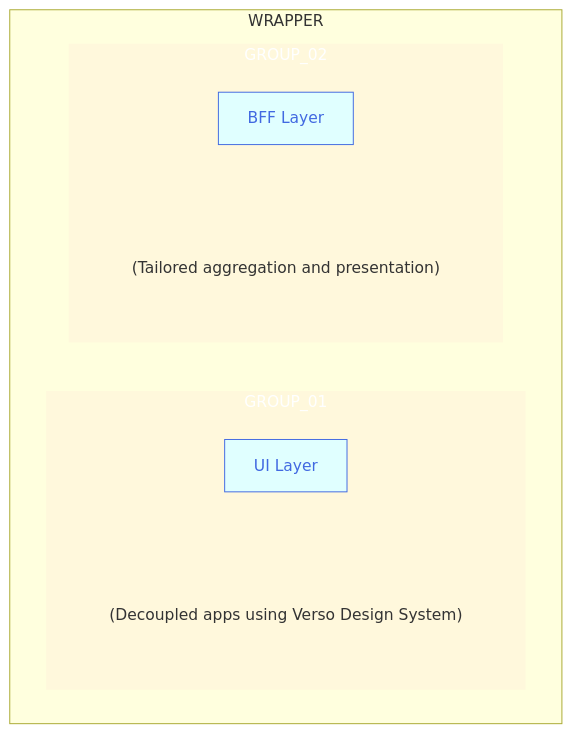
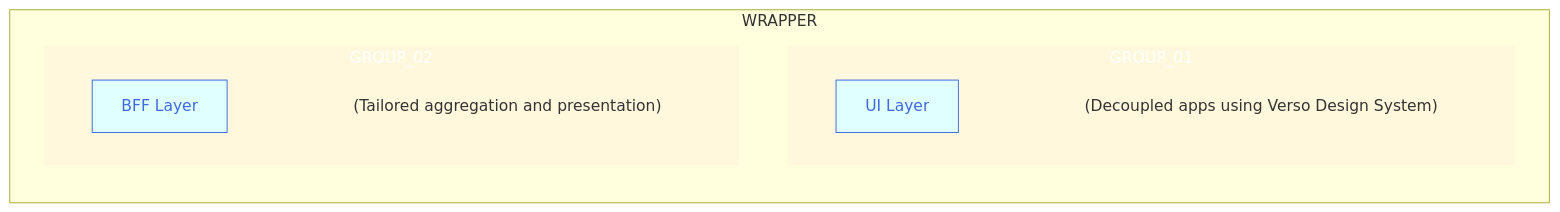
The diagram in buttons_mermaid_v5.md (joe-dorward/samples), drawn with Mermaid before and after one commit.

````diff
--- a/buttons_mermaid_v5.md
+++ b/buttons_mermaid_v5.md
@@ -3,44 +3,46 @@
 ```mermaid
   %%{
     init: {
       "flowchart": { "markdownAutoWrap":"false", "textWrap":"false", "textAlign":"left", "wrappingWidth": "100%" }
     }
   }%%
   flowchart TD
 
   classDef Button fill:lightcyan, stroke:royalblue, color:royalblue;
   classDef Note fill:transparent, stroke-width:0px
   %% ---------- ---------- ---------- ---------- ---------- ---------- ---------- ---------- ---------- ----------
 subgraph WRAPPER
+  direction TD
+
   subgraph GROUP_01
     %%direction LR
 
     BUTTON_01_NOTE["(Decoupled apps using Verso Design System)"]:::Note
     BUTTON_01["UI Layer"]:::Button
     click BUTTON_01 "https://en.wikipedia.org/wiki/Main_Page" _blank
 
     BUTTON_01~~~
     BUTTON_01_NOTE
   end
   %% ---------- ---------- ---------- ---------- ---------- ---------- ---------- ---------- ---------- ----------
   subgraph GROUP_02
     %%direction LR
 
     BUTTON_02_NOTE["(Tailored aggregation and presentation)"]:::Note
     BUTTON_02["BFF Layer"]:::Button
     click BUTTON_02 "https://en.wikipedia.org/wiki/Main_Page" _blank
 
     BUTTON_02~~~
     BUTTON_02_NOTE
   end
 end
   %% ---------- ---------- ---------- ---------- ---------- ---------- ---------- ---------- ---------- ----------
 
 %%GROUP_01-.-GROUP_02
 
 %%BUTTON_01-->BUTTON_02
 
   style GROUP_01 fill:cornsilk, color:white, stroke-width:0px
   style GROUP_02 fill:cornsilk, color:white, stroke-width:0px
 
 ```
````
